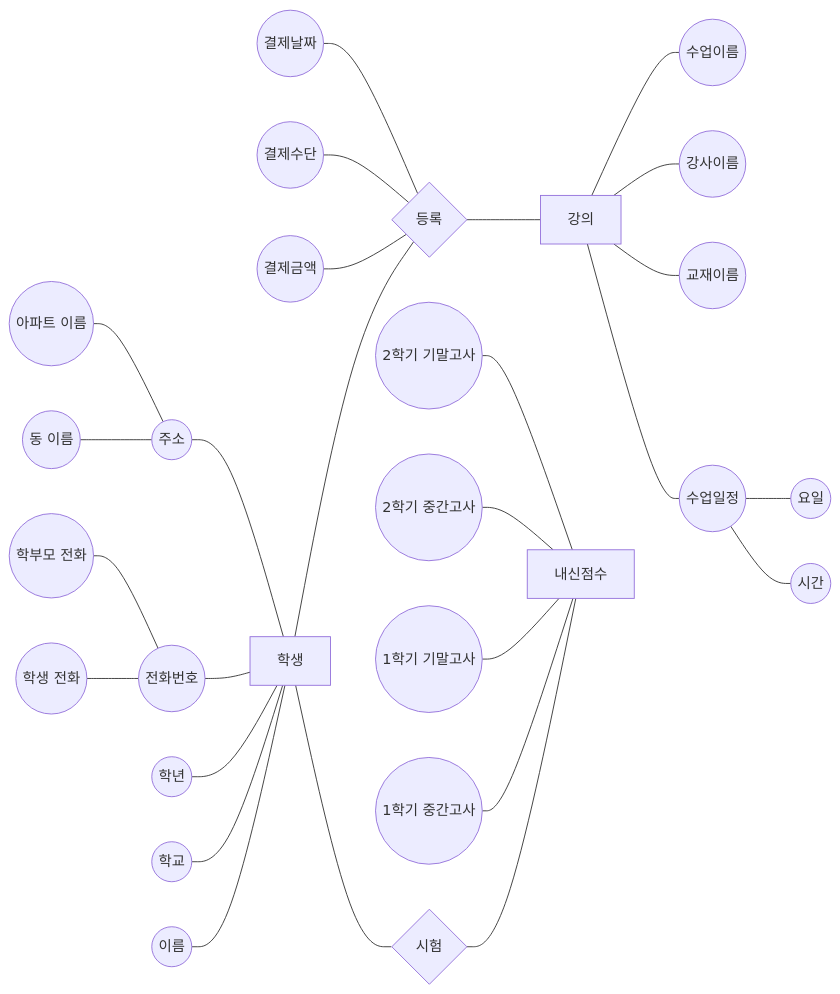
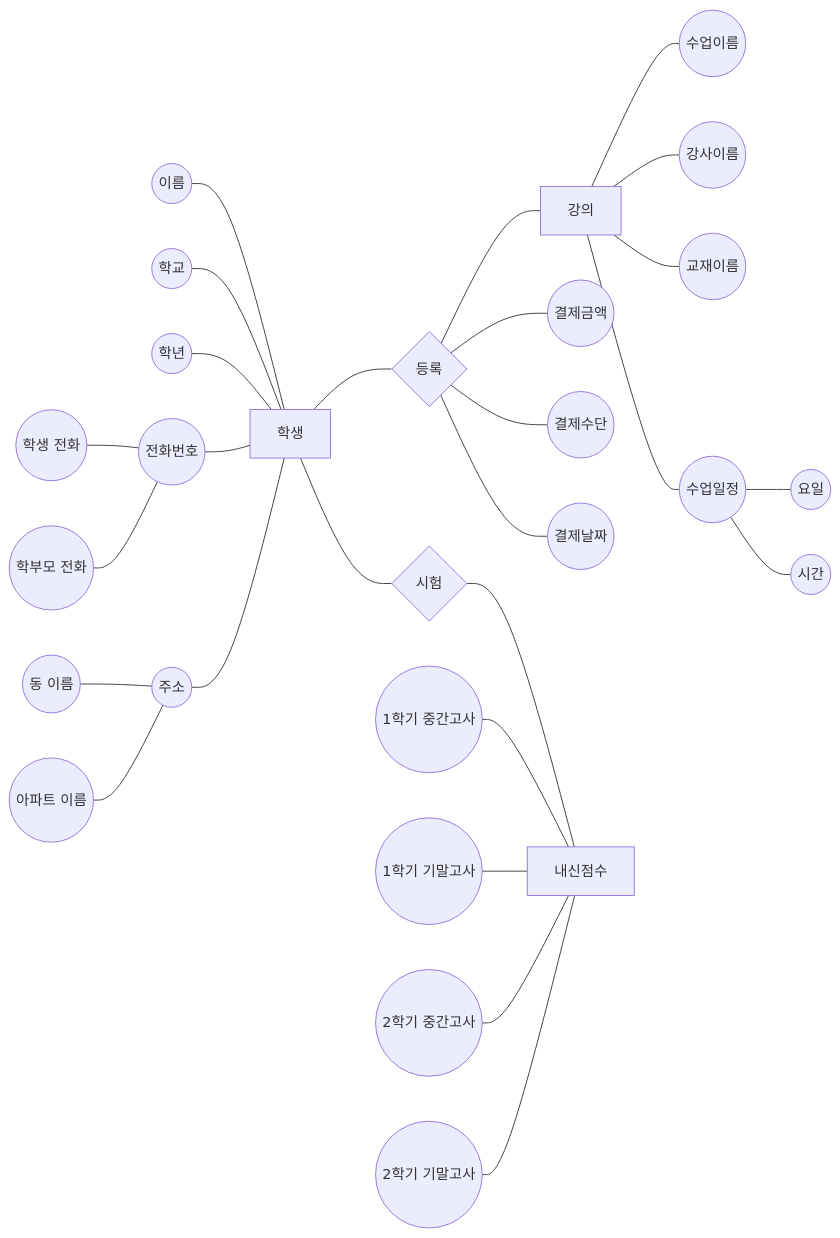
One commit to HYUUUNAKIM/DB_project changed the diagram in README(ERD 추가).md. Above: the diagram before and after it, drawn with Mermaid.

Commit message:
Update README(ERD 추가).md

````diff
--- a/README(ERD 추가).md
+++ b/README(ERD 추가).md
@@ -45,29 +45,29 @@
 ```mermaid
 graph LR
 A((이름))---S[학생]
 B((학교))---S[학생]
 C((학년))---S[학생]
 D((전화번호))---S[학생]
 E((학생 전화))---D
 F((학부모 전화))---D
 G((주소))---S[학생]
 H((동 이름))---G
 I((아파트 이름))---G
 S---J{등록}
 J---L[강의]
 L---a((수업이름))
 L---b((강사이름))
 L---c((교재이름))
 L---d((수업일정))
 d---e((요일))
 d---f((시간))
-K((결제금액))---J
-M((결제수단))---J
-N((결제날짜))---J
+J---K((결제금액))
+J---M((결제수단))
+J---N((결제날짜))
 S---X{시험}
 X{시험}---Y[내신점수]
 x((1학기 중간고사))---Y
 z((1학기 기말고사))---Y
 P((2학기 중간고사))---Y
 Q((2학기 기말고사))---Y
 ```
````
